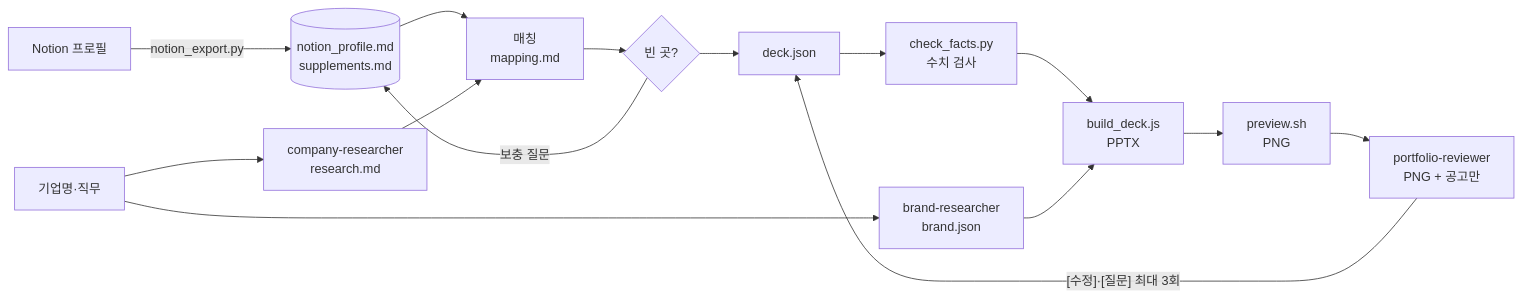
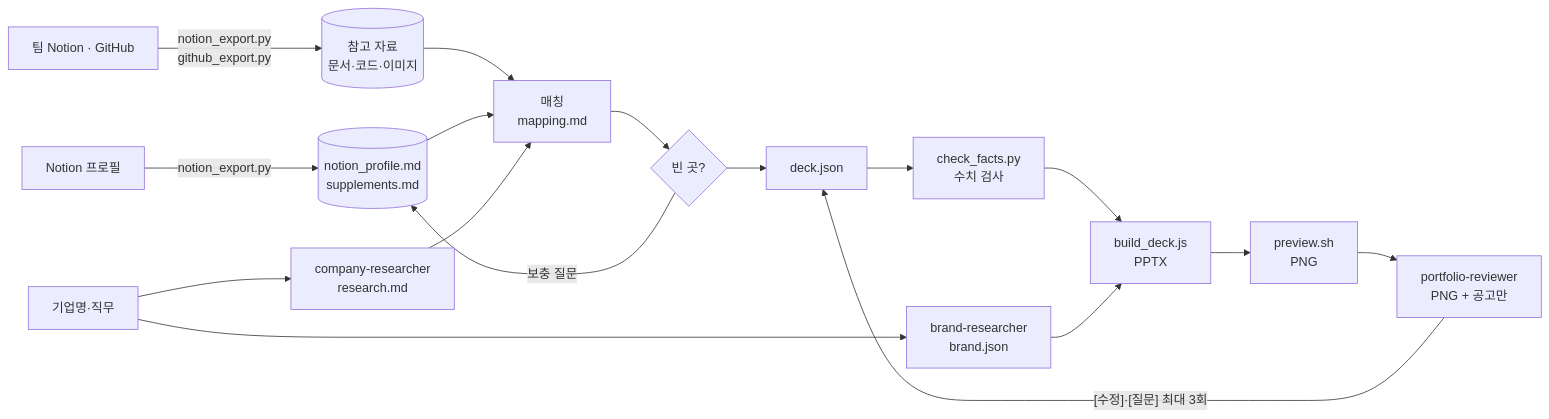
The diagram in README.md (donghoong2/company-portfolio), drawn with Mermaid before and after one commit. The commit also changed other lines of this file and 6 other files, not shown here.

First line of the commit message:
팀 Notion·GitHub 자료 수집과 이미지 활용

````diff
--- a/README.md
+++ b/README.md
@@ -93,17 +108,19 @@
 ```mermaid
 flowchart LR
     N[Notion 프로필] -->|notion_export.py| P[(notion_profile.md<br/>supplements.md)]
+    T[팀 Notion · GitHub] -->|notion_export.py<br/>github_export.py| RF[(참고 자료<br/>문서·코드·이미지)]
+    RF --> M
     C[기업명·직무] --> R1[company-researcher<br/>research.md]
     C --> R2[brand-researcher<br/>brand.json]
     P --> M[매칭<br/>mapping.md]
     R1 --> M
     M --> Q{빈 곳?}
     Q -->|보충 질문| P
     Q --> D[deck.json]
     D --> F[check_facts.py<br/>수치 검사]
     F --> B[build_deck.js<br/>PPTX]
     R2 --> B
     B --> V[preview.sh<br/>PNG]
     V --> RV[portfolio-reviewer<br/>PNG + 공고만]
     RV -->|"[수정]·[질문]" 최대 3회| D
 ```
````
